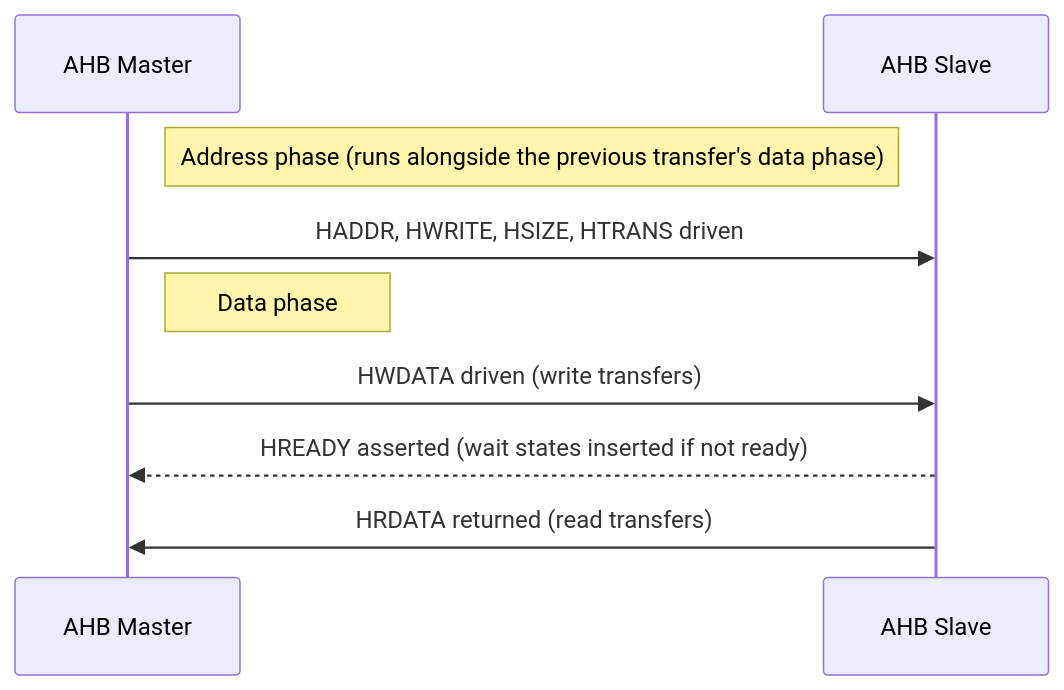
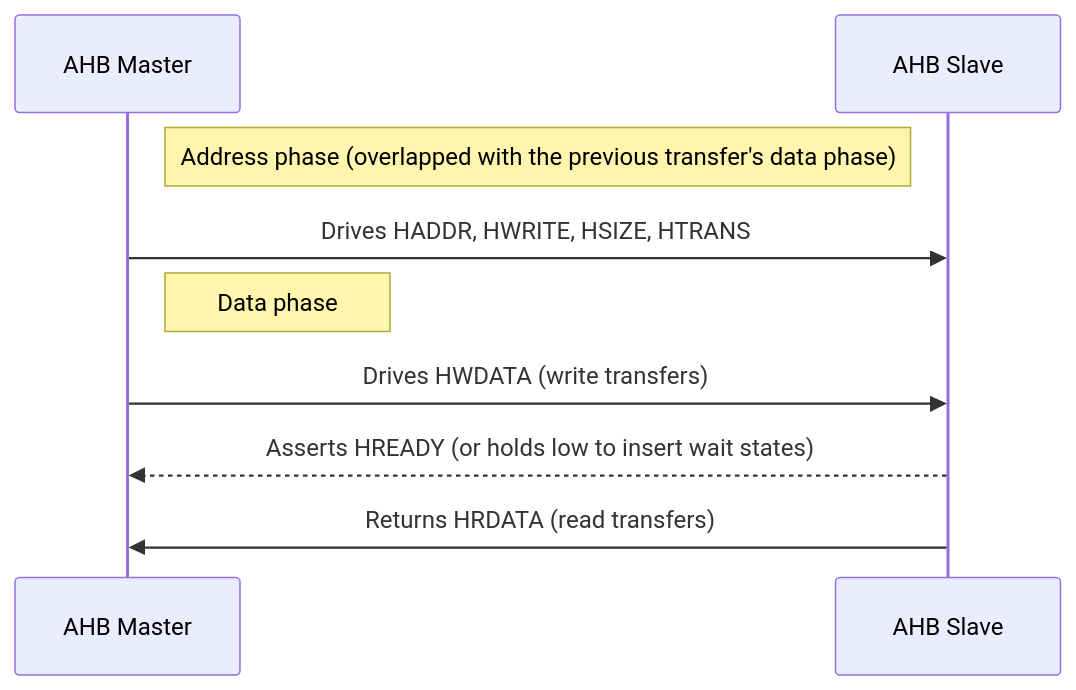
Before and after one commit to FarazIsmail/AMBA-AHB-protocols: the diagram in README.md, drawn with Mermaid. The commit also changed other lines of this file, not shown here.

````diff
--- a/README.md
+++ b/README.md
@@ -29,11 +10,11 @@
 ```mermaid
 sequenceDiagram
     participant M as AHB Master
     participant S as AHB Slave
-    Note right of M: Address phase (runs alongside the previous transfer's data phase)
-    M->>S: HADDR, HWRITE, HSIZE, HTRANS driven
+    Note right of M: Address phase (overlapped with the previous transfer's data phase)
+    M->>S: Drives HADDR, HWRITE, HSIZE, HTRANS
     Note right of M: Data phase
-    M->>S: HWDATA driven (write transfers)
-    S-->>M: HREADY asserted (wait states inserted if not ready)
-    S->>M: HRDATA returned (read transfers)
+    M->>S: Drives HWDATA (write transfers)
+    S-->>M: Asserts HREADY (or holds low to insert wait states)
+    S->>M: Returns HRDATA (read transfers)
 ```
````
